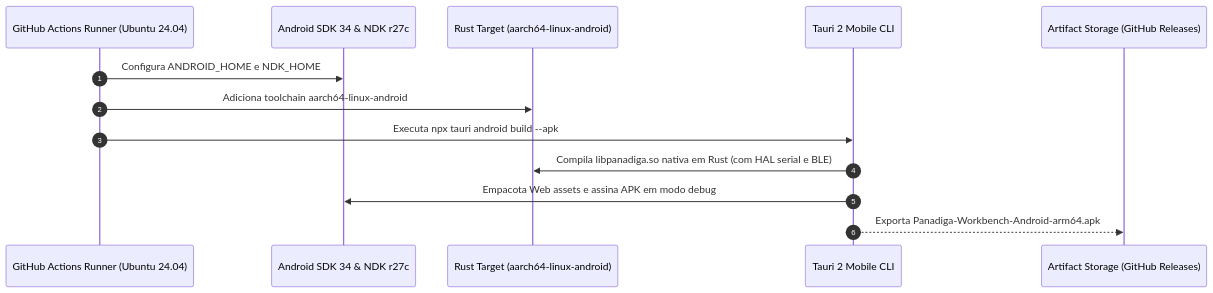
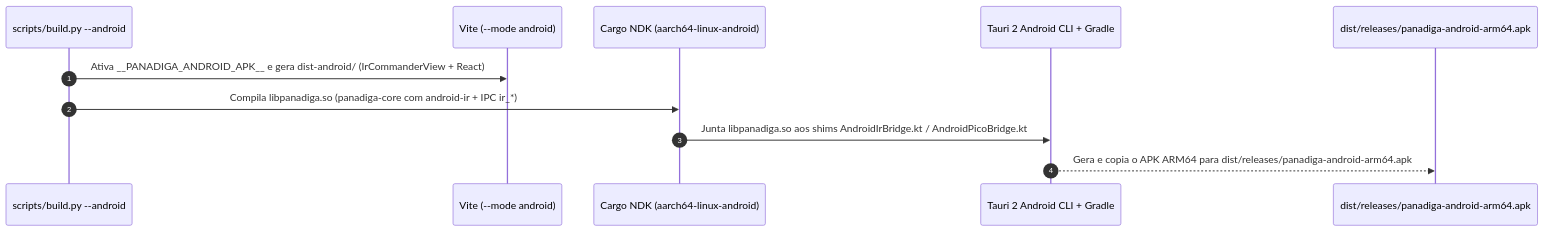
The second of 2 diagrams in docs/pt-BR/ARQUITETURA_MOBILE_ANDROID_E_BLUETOOTH.md (orgchrono/Panadiga), drawn with Mermaid before and after one commit. The commit also changed other lines of this file and 139 other files, not shown here.

First line of the commit message:
feat(apk,nor,pico,re,docs): unify Android IR Commander, 2-layer NOR JEDEC, glitch-immune BAUDSCAN, async GDB proxy & 447-code bench wizard

````diff
--- a/docs/pt-BR/ARQUITETURA_MOBILE_ANDROID_E_BLUETOOTH.md
+++ b/docs/pt-BR/ARQUITETURA_MOBILE_ANDROID_E_BLUETOOTH.md
@@ -137,16 +151,14 @@
 ```mermaid
 sequenceDiagram
     autonumber
-    participant GA as GitHub Actions Runner (Ubuntu 24.04)
-    participant SDK as Android SDK 34 & NDK r27c
-    participant RUST as Rust Target (aarch64-linux-android)
-    participant TAURI as Tauri 2 Mobile CLI
-    participant ART as Artifact Storage (GitHub Releases)
+    participant BLD as scripts/build.py --android
+    participant VITE as Vite (--mode android)
+    participant RUST as Cargo NDK (aarch64-linux-android)
+    participant TAURI as Tauri 2 Android CLI + Gradle
+    participant ART as dist/releases/panadiga-android-arm64.apk
 
-    GA->>SDK: Configura ANDROID_HOME e NDK_HOME
-    GA->>RUST: Adiciona toolchain aarch64-linux-android
-    GA->>TAURI: Executa npx tauri android build --apk
-    TAURI->>RUST: Compila libpanadiga.so nativa em Rust (com HAL serial e BLE)
-    TAURI->>SDK: Empacota Web assets e assina APK em modo debug
-    TAURI-->>ART: Exporta Panadiga-Workbench-Android-arm64.apk
+    BLD->>VITE: Ativa __PANADIGA_ANDROID_APK__ e gera dist-android/ (IrCommanderView + React)
+    BLD->>RUST: Compila libpanadiga.so (panadiga-core com android-ir + IPC ir_*)
+    RUST->>TAURI: Junta libpanadiga.so aos shims AndroidIrBridge.kt / AndroidPicoBridge.kt
+    TAURI-->>ART: Gera e copia o APK ARM64 para dist/releases/panadiga-android-arm64.apk
 ```
````
